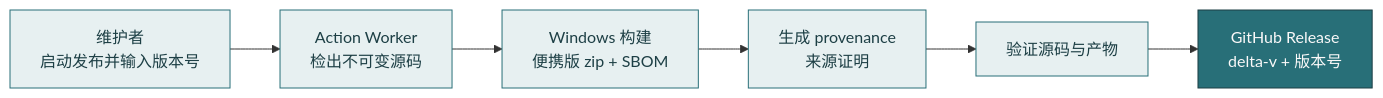
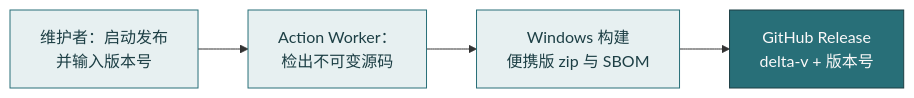
One commit to fongap-labs/delta changed the third of 3 diagrams in README.md. Above: the diagram before and after it, drawn with Mermaid. The commit also changed other lines of this file, not shown here.

````diff
--- a/README.md
+++ b/README.md
@@ -270,12 +155,10 @@
 ```mermaid
 flowchart LR
-    M["维护者<br/>启动发布并输入版本号"] --> AW["Action Worker<br/>检出不可变源码"]
-    AW --> B["Windows 构建<br/>便携版 zip + SBOM"]
-    B --> P["生成 provenance<br/>来源证明"]
-    P --> V["验证源码与产物"]
-    V --> R["GitHub Release<br/>delta-v + 版本号"]
+    M["维护者：启动发布<br/>并输入版本号"] --> AW["Action Worker：<br/>检出不可变源码"]
+    AW --> B["Windows 构建<br/>便携版 zip 与 SBOM"]
+    B --> R["GitHub Release<br/>delta-v + 版本号"]
     classDef brand fill:#286F78,stroke:#1D3F45,color:#FBF9F9
     classDef soft fill:#E7F0F1,stroke:#286F78,color:#1D3F45
     class R brand
-    class M,AW,B,P,V soft
+    class M,AW,B soft
 ```
````
